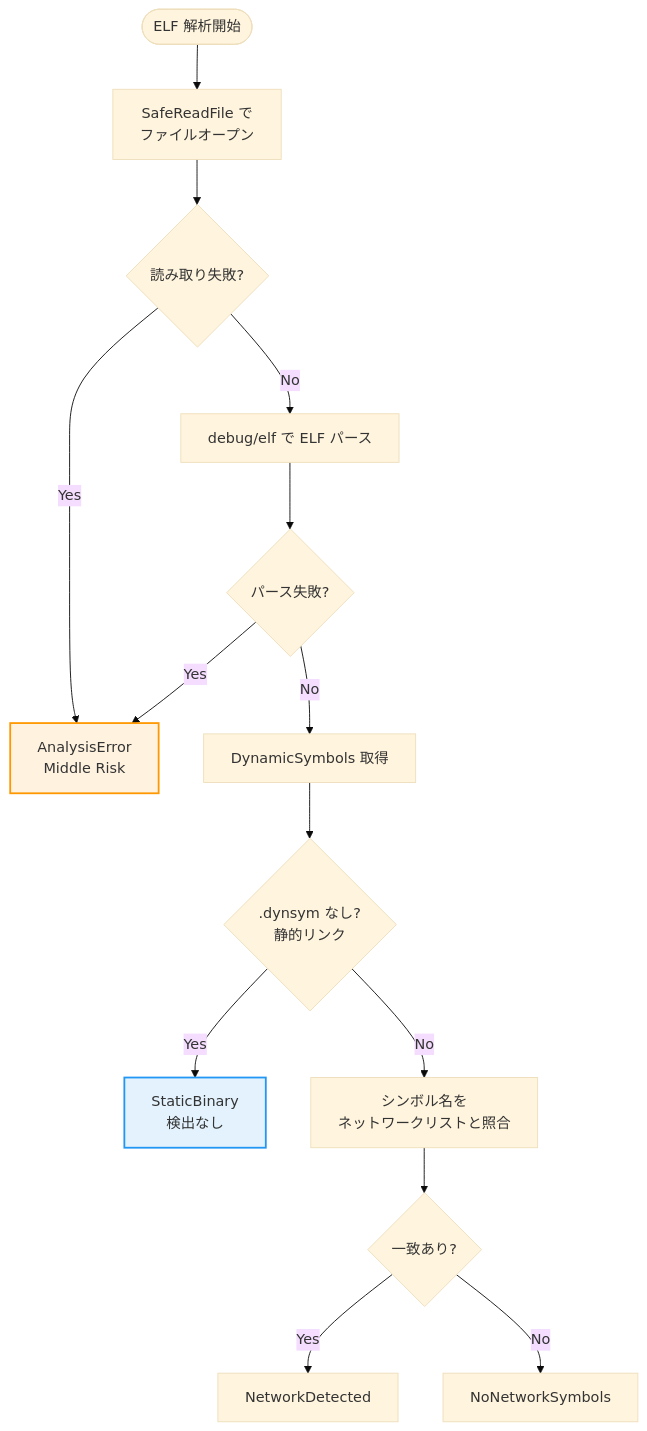
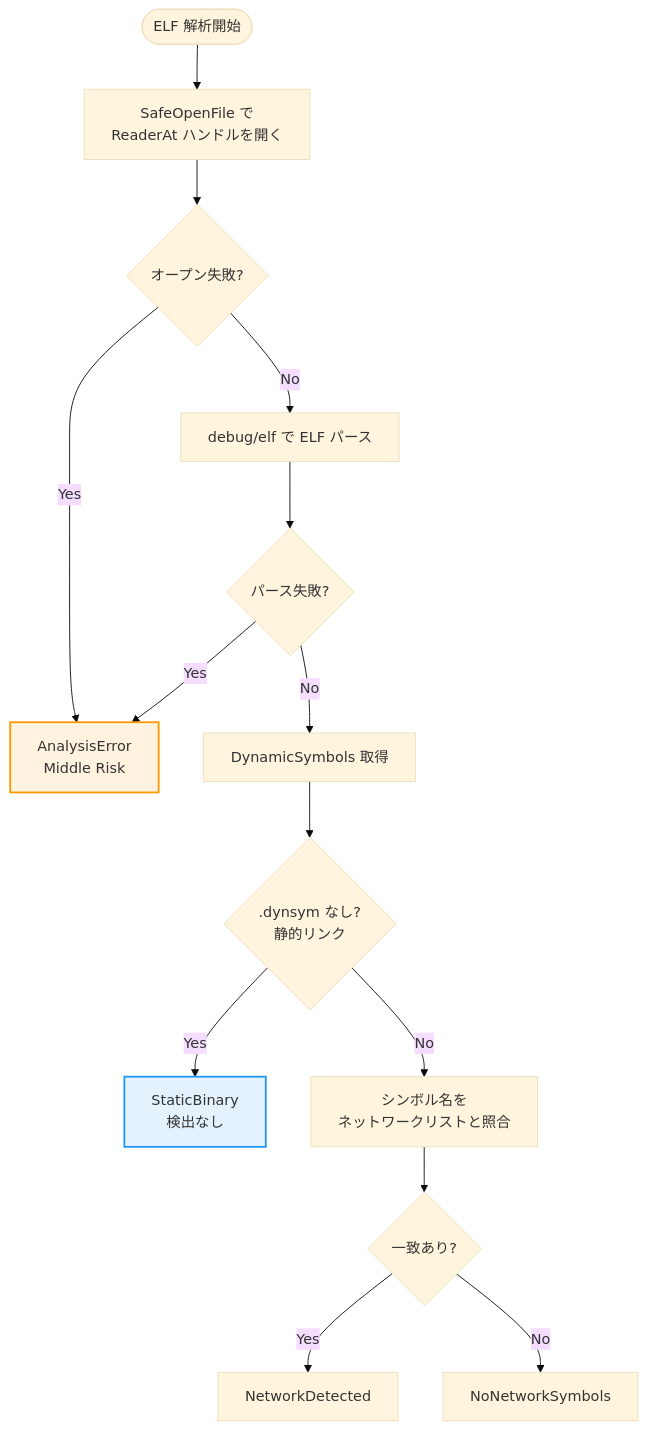
Before and after one commit to isseis/go-safe-cmd-runner: the third of 5 diagrams in docs/tasks/0069_elf_dynsym_network_detection/02_architecture.md, drawn with Mermaid (base theme). The commit also changed other lines of this file, not shown here.

First line of the commit message:
docs(elfanalyzer): use SafeOpenFile (ReaderAt) in architecture diagrams

````diff
--- a/docs/tasks/0069_elf_dynsym_network_detection/02_architecture.md
+++ b/docs/tasks/0069_elf_dynsym_network_detection/02_architecture.md
@@ -139,33 +139,33 @@
 ```mermaid
 flowchart TD
     Start([ELF 解析開始])
-    SafeRead[SafeReadFile で<br/>ファイルオープン]
-    ReadFailed{読み取り失敗?}
+    SafeOpen[SafeOpenFile で<br/>ReaderAt ハンドルを開く]
+    OpenFailed{オープン失敗?}
     ParseELF[debug/elf で ELF パース]
     ParseFailed{パース失敗?}
     GetDynsym[DynamicSymbols 取得]
     DynsymEmpty{.dynsym なし?<br/>静的リンク}
     MatchSymbols[シンボル名を<br/>ネットワークリストと照合]
     FoundNetwork{一致あり?}
     ReturnDetected[NetworkDetected]
     ReturnNotDetected[NoNetworkSymbols]
     ReturnStatic[StaticBinary<br/>検出なし]
     ReturnError[AnalysisError<br/>Middle Risk]
 
-    Start --> SafeRead
-    SafeRead --> ReadFailed
-    ReadFailed -->|Yes| ReturnError
-    ReadFailed -->|No| ParseELF
+    Start --> SafeOpen
+    SafeOpen --> OpenFailed
+    OpenFailed -->|Yes| ReturnError
+    OpenFailed -->|No| ParseELF
     ParseELF --> ParseFailed
     ParseFailed -->|Yes| ReturnError
     ParseFailed -->|No| GetDynsym
     GetDynsym --> DynsymEmpty
     DynsymEmpty -->|Yes| ReturnStatic
     DynsymEmpty -->|No| MatchSymbols
     MatchSymbols --> FoundNetwork
     FoundNetwork -->|Yes| ReturnDetected
     FoundNetwork -->|No| ReturnNotDetected
 
     style ReturnError fill:#fff3e0,stroke:#ff9800,stroke-width:2px
     style ReturnStatic fill:#e3f2fd,stroke:#2196f3,stroke-width:2px
 ```
````
